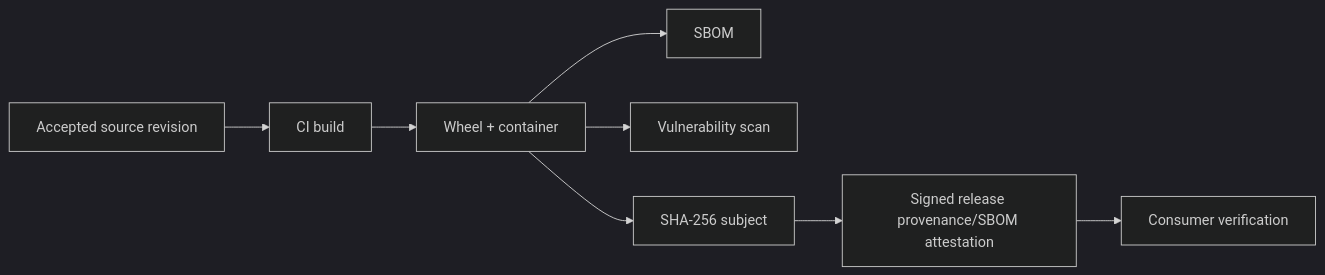
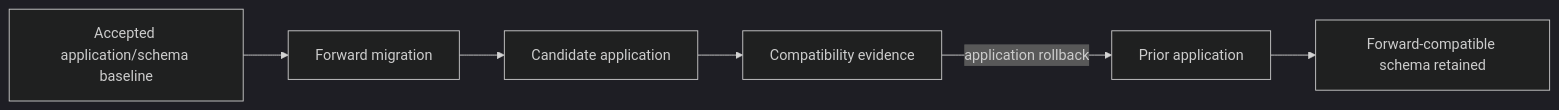
One commit to GJvManen/dtmo changed the diagram in docs/README.md. Above: the diagram before and after it, drawn with Mermaid (dark theme). The commit also changed other lines of this file, not shown here.

````diff
--- a/docs/README.md
+++ b/docs/README.md
@@ -90,10 +54,8 @@
 ```mermaid
 flowchart LR
-    S[Accepted source revision] --> B[CI build]
-    B --> A[Wheel + container]
-    A --> SB[SBOM]
-    A --> V[Vulnerability scan]
-    A --> H[SHA-256 subject]
-    H --> P[Signed release provenance/SBOM attestation]
-    P --> X[Consumer verification]
+    A[Accepted application/schema baseline] --> F[Forward migration]
+    F --> C[Candidate application]
+    C --> E[Compatibility evidence]
+    E -->|application rollback| R[Prior application]
+    R --> S[Forward-compatible schema retained]
 ```
````
